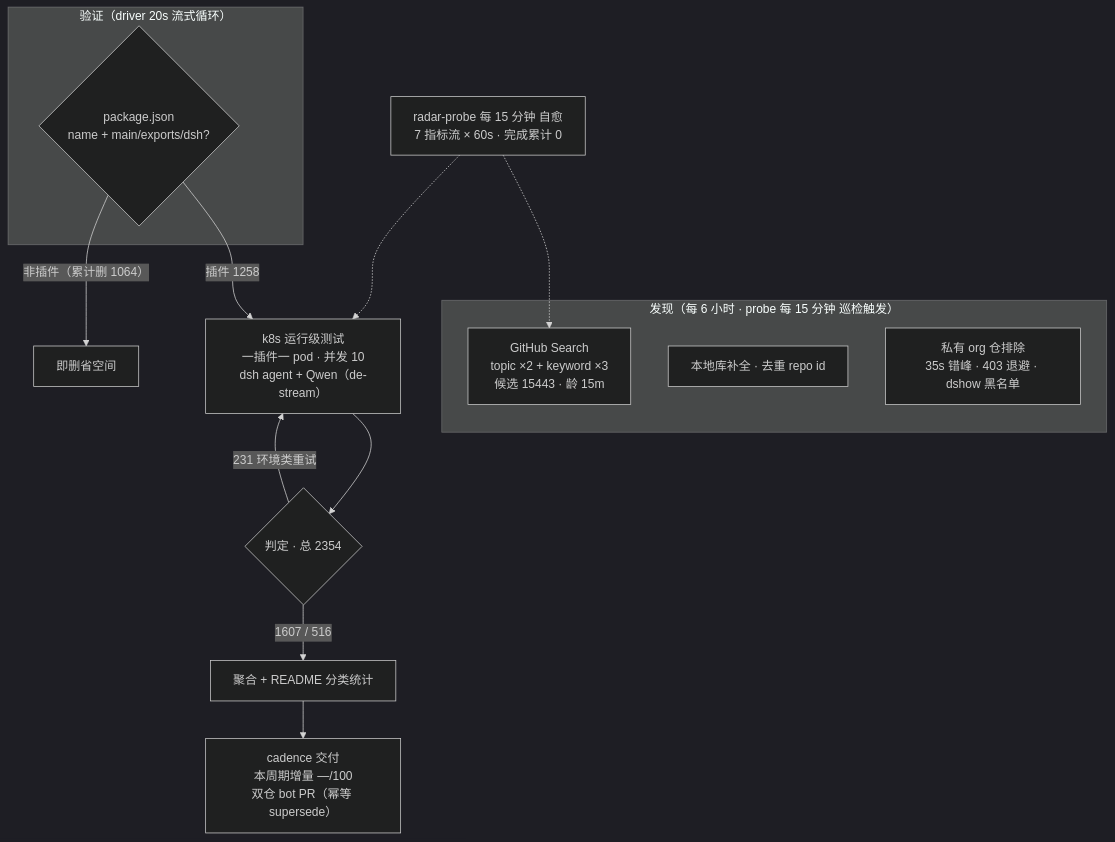
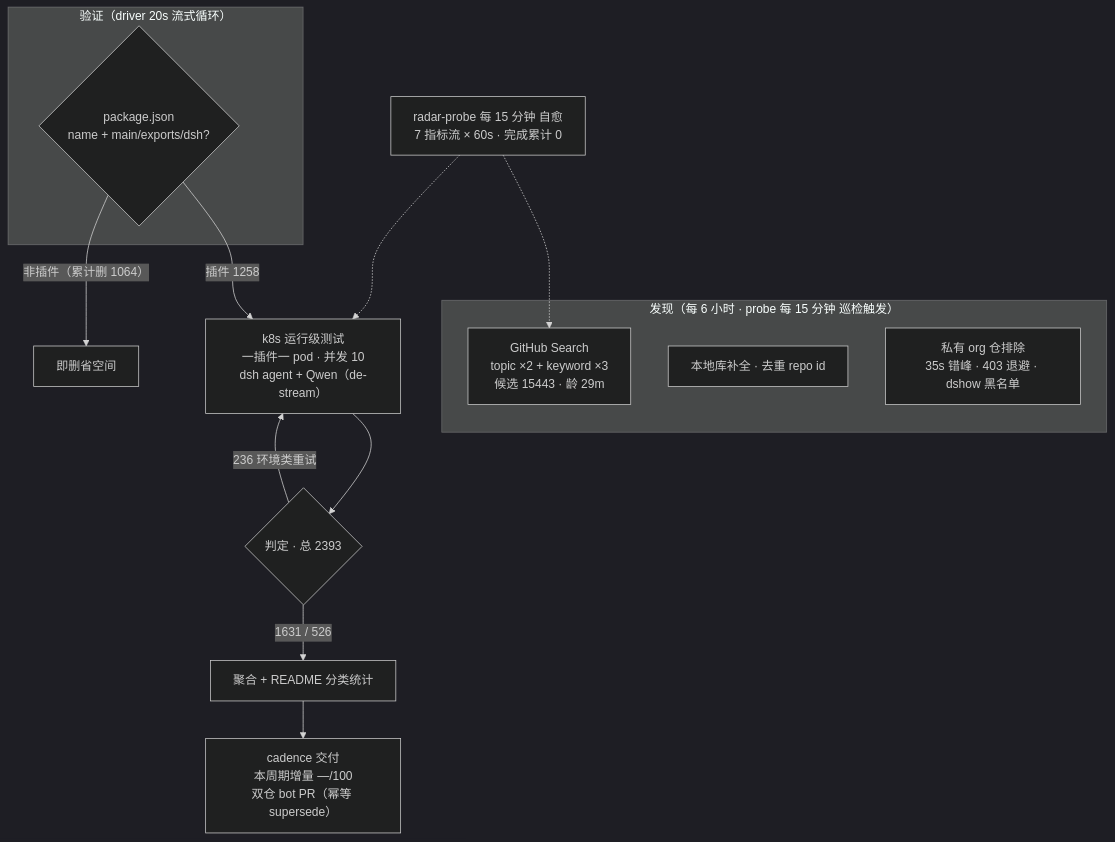
One commit to Zhidao-Lab-OSS/awesome-dsh-plugins changed the diagram in README.md. Above: the diagram before and after it, drawn with Mermaid (dark theme). The commit also changed other lines of this file and 1 other file, not shown here.

````diff
--- a/README.md
+++ b/README.md
@@ -37,20 +37,20 @@
 ```mermaid
 flowchart TB
     subgraph Discovery["发现（每 6 小时 · probe 每 15 分钟 巡检触发）"]
-        A1["GitHub Search<br/>topic ×2 + keyword ×3<br/>候选 15443 · 龄 15m"]
+        A1["GitHub Search<br/>topic ×2 + keyword ×3<br/>候选 15443 · 龄 29m"]
         A2["本地库补全 · 去重 repo id"]
         A3["私有 org 仓排除<br/>35s 错峰 · 403 退避 · dshow 黑名单"]
     end
     subgraph Validation["验证（driver 20s 流式循环）"]
         B1{"package.json<br/>name + main/exports/dsh?"}
     end
     B1 -->|"插件 1258"| C1["k8s 运行级测试<br/>一插件一 pod · 并发 10<br/>dsh agent + Qwen（de-stream）"]
     B1 -->|"非插件（累计删 1064）"| B3["即删省空间"]
-    C1 --> D1{"判定 · 总 2354"}
-    D1 -->|"1607 / 516"| E1["聚合 + README 分类统计"]
-    D1 -->|"231 环境类重试"| C1
+    C1 --> D1{"判定 · 总 2393"}
+    D1 -->|"1631 / 526"| E1["聚合 + README 分类统计"]
+    D1 -->|"236 环境类重试"| C1
     E1 --> E2["cadence 交付<br/>本周期增量 —/100<br/>双仓 bot PR（幂等 supersede）"]
     M["radar-probe 每 15 分钟 自愈<br/>7 指标流 × 60s · 完成累计 0"]
     M -.-> A1
     M -.-> C1
 ```
````
